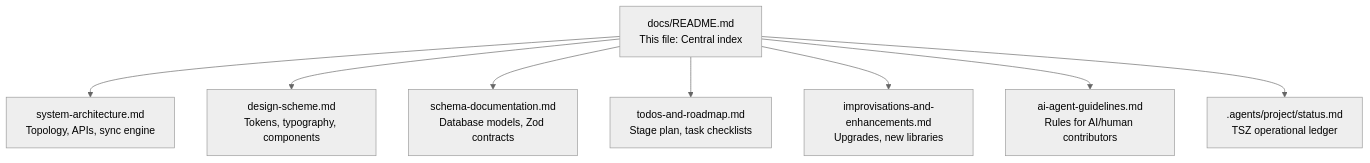
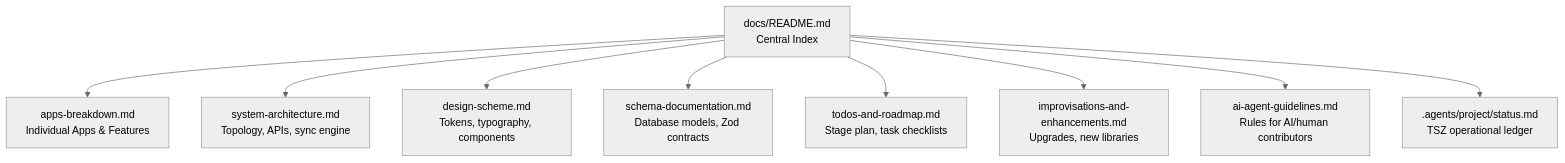
Before and after one commit to codernotme/marketplace: the first of 2 diagrams in docs/README.md, drawn with Mermaid (neutral theme). The commit also changed other lines of this file and 2 other files, not shown here.

Commit message:
docs: add project status ledger and master documentation portal

````diff
--- a/docs/README.md
+++ b/docs/README.md
@@ -11,19 +11,21 @@
 ```mermaid
 graph TD
-    README["docs/README.md<br/>This file: Central index"]
+    README["docs/README.md<br/>Central Index"]
+    APPS["apps-breakdown.md<br/>Individual Apps & Features"]
     ARCH["system-architecture.md<br/>Topology, APIs, sync engine"]
     DESIGN["design-scheme.md<br/>Tokens, typography, components"]
     SCHEMA["schema-documentation.md<br/>Database models, Zod contracts"]
     ROAD["todos-and-roadmap.md<br/>Stage plan, task checklists"]
     IMPROV["improvisations-and-enhancements.md<br/>Upgrades, new libraries"]
     AI["ai-agent-guidelines.md<br/>Rules for AI/human contributors"]
     LEDGER[".agents/project/status.md<br/>TSZ operational ledger"]
 
+    README --> APPS
     README --> ARCH
     README --> DESIGN
     README --> SCHEMA
     README --> ROAD
     README --> IMPROV
     README --> AI
     README --> LEDGER
 ```
````
